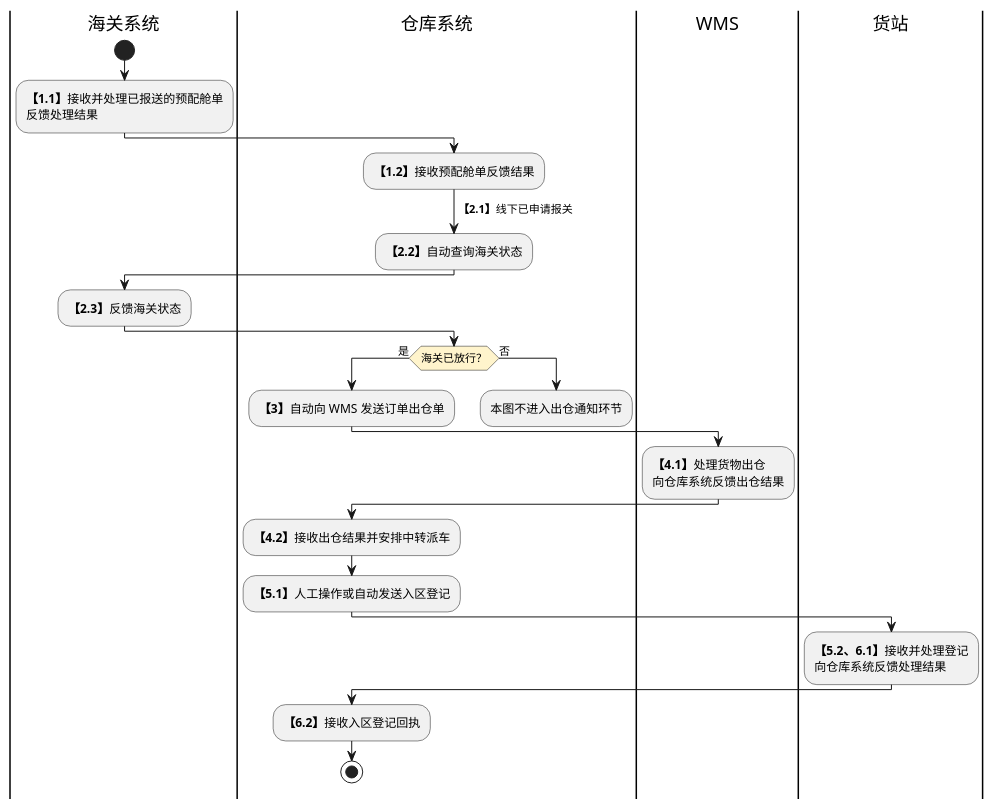
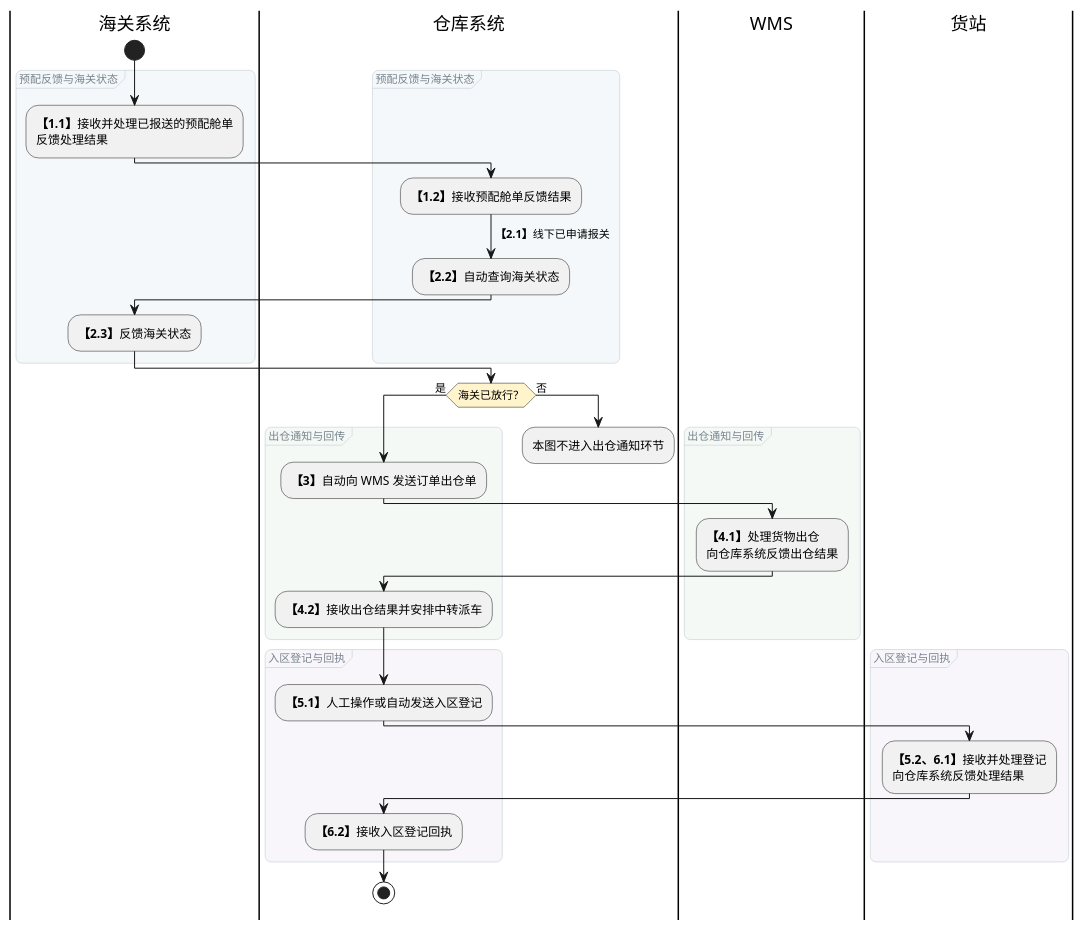
Before and after one commit to jack888332/projects-doc: the second of 3 diagrams in product-caliber/goldjet/segmented-prd/PRD.高捷物流系统一期.第033篇.DDP跨模块作业与结算流程.7579B595B8.md, drawn with PlantUML. The commit also changed 16 other files, not shown here.

Commit message:
给DSL图分组

````diff
--- a/product-caliber/goldjet/segmented-prd/PRD.高捷物流系统一期.第033篇.DDP跨模块作业与结算流程.7579B595B8.md
+++ b/product-caliber/goldjet/segmented-prd/PRD.高捷物流系统一期.第033篇.DDP跨模块作业与结算流程.7579B595B8.md
@@ -97,31 +97,49 @@
 ```plantuml
 @startuml goldjet-033-customs-warehouse-terminal
 skinparam activityDiamondBackgroundColor #FFF4CC
+<style>
+activityDiagram {
+  group {
+    LineColor #CAD5DA
+    LineThickness 0.7
+    RoundCorner 12
+    FontColor #78848D
+    FontSize 11
+    FontStyle plain
+  }
+}
+</style>
 |海关系统|
 start
+group 预配反馈与海关状态 #F4F8FA {
 :**【1.1】**接收并处理已报送的预配舱单\n反馈处理结果;
 |仓库系统|
 :**【1.2】**接收预配舱单反馈结果;
 -> **【2.1】**线下已申请报关;
 :**【2.2】**自动查询海关状态;
 |海关系统|
 :**【2.3】**反馈海关状态;
 |仓库系统|
+}
 if (海关已放行？) then (是)
+group 出仓通知与回传 #F5F9F6 {
   :**【3】**自动向 WMS 发送订单出仓单;
   |WMS|
   :**【4.1】**处理货物出仓\n向仓库系统反馈出仓结果;
   |仓库系统|
   :**【4.2】**接收出仓结果并安排中转派车;
+}
+group 入区登记与回执 #F8F6FA {
   :**【5.1】**人工操作或自动发送入区登记;
   |货站|
   :**【5.2、6.1】**接收并处理登记\n向仓库系统反馈处理结果;
   |仓库系统|
   :**【6.2】**接收入区登记回执;
+}
   stop
 else (否)
   :本图不进入出仓通知环节;
   detach
 endif
 @enduml
 ```
````
